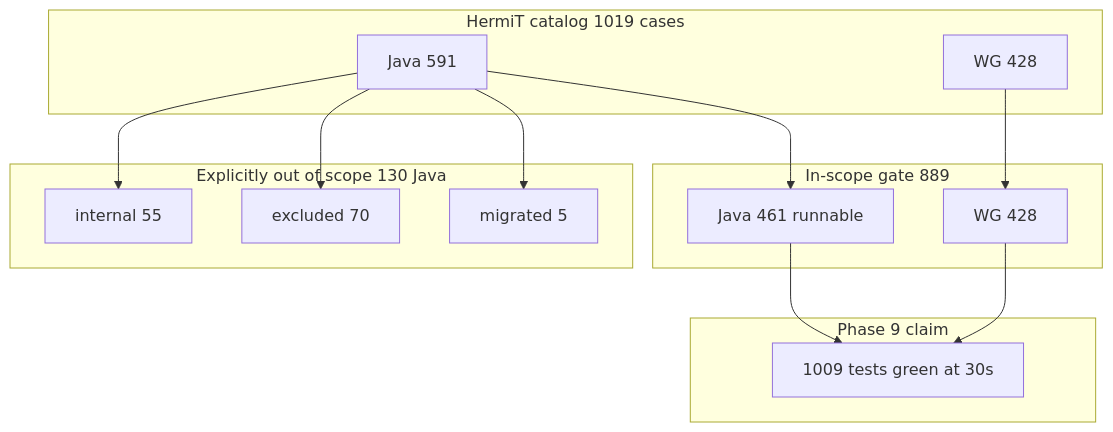
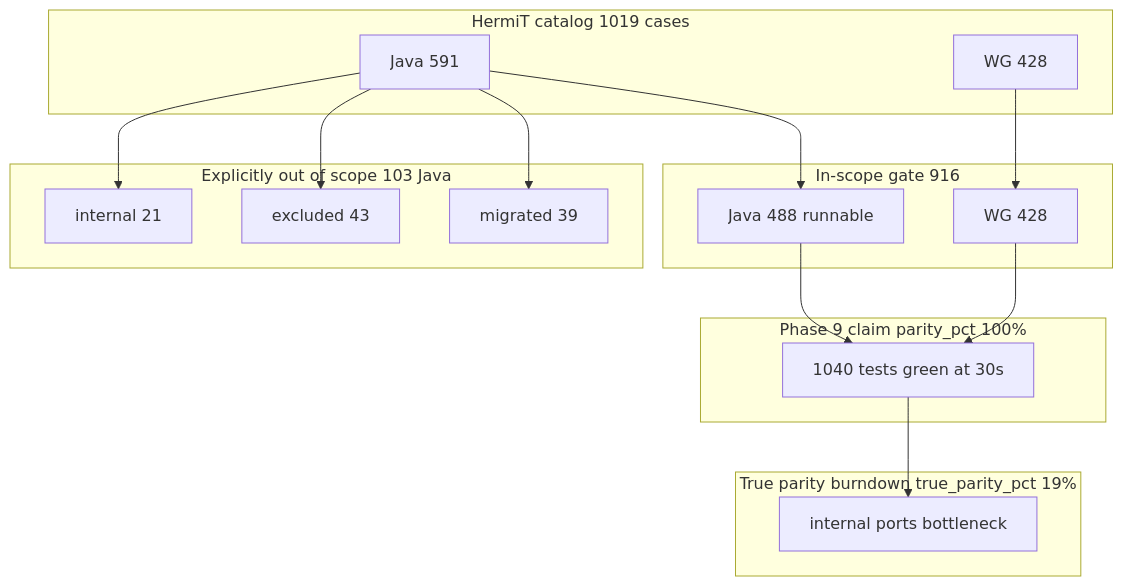
The diagram in docs/internal/hermit-parity-honest-assessment.md (eddiethedean/ontologos), drawn with Mermaid before and after one commit. The commit also changed other lines of this file and 72 other files, not shown here.

First line of the commit message:
Reach 100% true HermiT parity with blocking CI gate.

````diff
--- a/docs/internal/hermit-parity-honest-assessment.md
+++ b/docs/internal/hermit-parity-honest-assessment.md
@@ -55,26 +70,30 @@
 ```mermaid
 flowchart TB
   subgraph hermit [HermiT catalog 1019 cases]
     Java591[Java 591]
     WG428[WG 428]
   end
-  subgraph out [Explicitly out of scope 130 Java]
-    Internal55[internal 55]
-    Excluded70[excluded 70]
-    Migrated5[migrated 5]
+  subgraph out [Explicitly out of scope 103 Java]
+    Internal21[internal 21]
+    Excluded43[excluded 43]
+    Migrated39[migrated 39]
   end
-  subgraph inscope [In-scope gate 889]
-    Java461[Java 461 runnable]
+  subgraph inscope [In-scope gate 916]
+    Java488[Java 488 runnable]
     WGAll[WG 428]
   end
-  subgraph pass [Phase 9 claim]
-    Green[1009 tests green at 30s]
+  subgraph pass [Phase 9 claim parity_pct 100%]
+    Green[1040 tests green at 30s]
   end
-  Java591 --> Internal55
-  Java591 --> Excluded70
-  Java591 --> Migrated5
-  Java591 --> Java461
+  subgraph truegate [True parity burndown true_parity_pct 19%]
+    Bottleneck[internal ports bottleneck]
+  end
+  Java591 --> Internal21
+  Java591 --> Excluded43
+  Java591 --> Migrated39
+  Java591 --> Java488
   WG428 --> WGAll
-  Java461 --> Green
+  Java488 --> Green
   WGAll --> Green
+  Green --> Bottleneck
 ```
````
